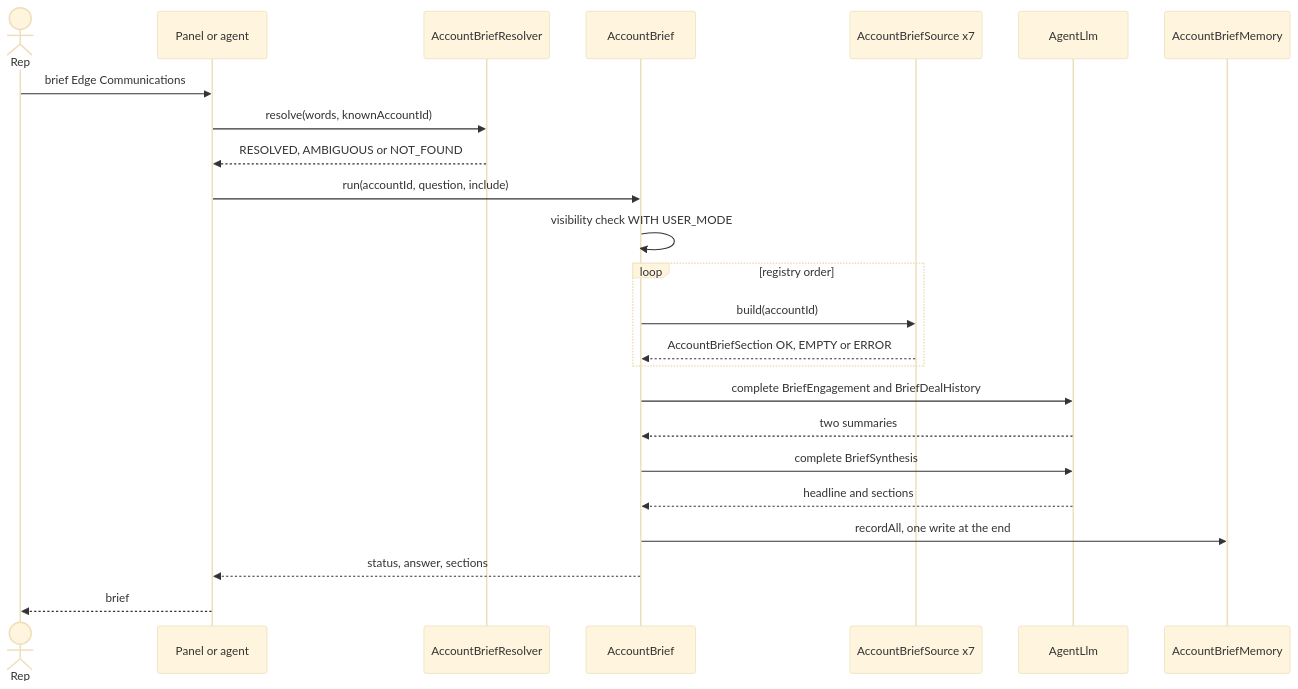
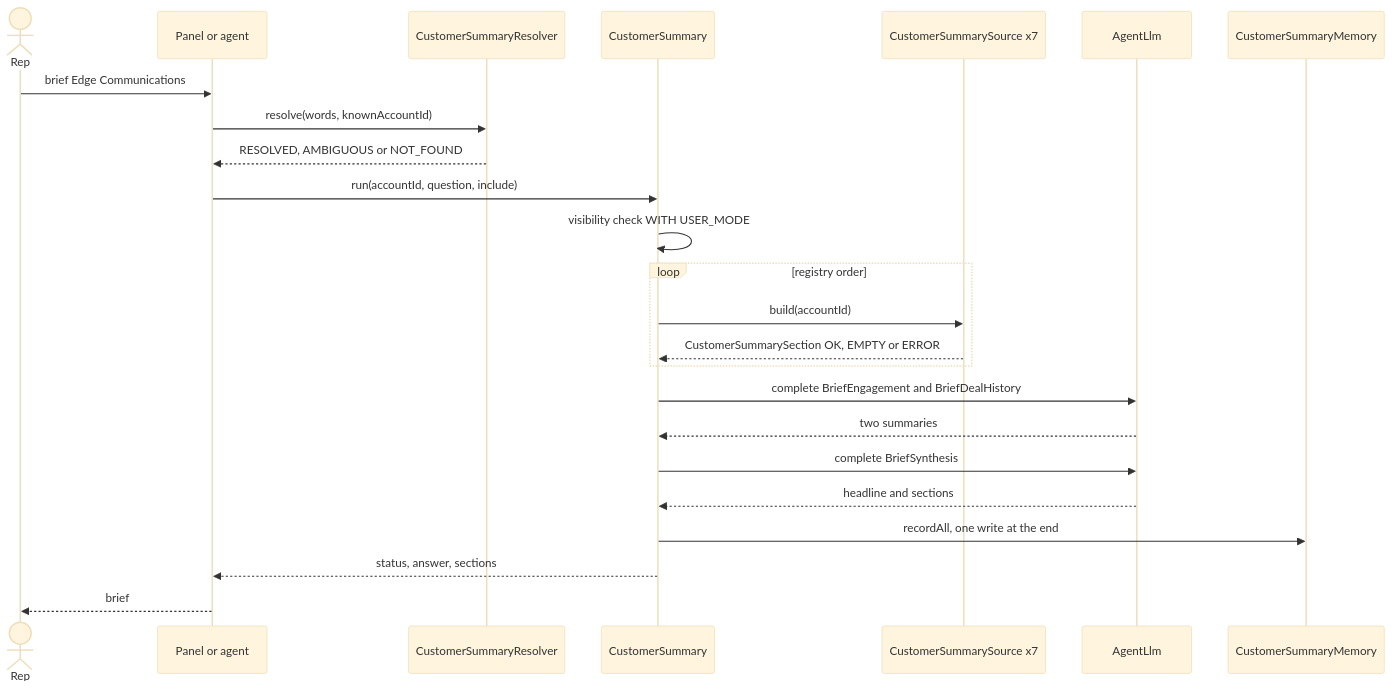
Before and after one commit to nelsben/generic-agent: the diagram in docs/patterns/01-route-gather-reduce.md, drawn with Mermaid (base theme). The commit also changed other lines of this file and 160 other files, not shown here.

First line of the commit message:
BE-23: FR2 rename in the repo, Account Brief becomes Customer Summary (GO)

````diff
--- a/docs/patterns/01-route-gather-reduce.md
+++ b/docs/patterns/01-route-gather-reduce.md
@@ -18,26 +18,26 @@
 ```mermaid
 sequenceDiagram
     actor U as Rep
     participant E as Panel or agent
-    participant R as AccountBriefResolver
-    participant B as AccountBrief
-    participant S as AccountBriefSource x7
+    participant R as CustomerSummaryResolver
+    participant B as CustomerSummary
+    participant S as CustomerSummarySource x7
     participant L as AgentLlm
-    participant M as AccountBriefMemory
+    participant M as CustomerSummaryMemory
     U->>E: brief Edge Communications
     E->>R: resolve(words, knownAccountId)
     R-->>E: RESOLVED, AMBIGUOUS or NOT_FOUND
     E->>B: run(accountId, question, include)
     B->>B: visibility check WITH USER_MODE
     loop registry order
         B->>S: build(accountId)
-        S-->>B: AccountBriefSection OK, EMPTY or ERROR
+        S-->>B: CustomerSummarySection OK, EMPTY or ERROR
     end
     B->>L: complete BriefEngagement and BriefDealHistory
     L-->>B: two summaries
     B->>L: complete BriefSynthesis
     L-->>B: headline and sections
     B->>M: recordAll, one write at the end
     B-->>E: status, answer, sections
     E-->>U: brief
 ```
````
